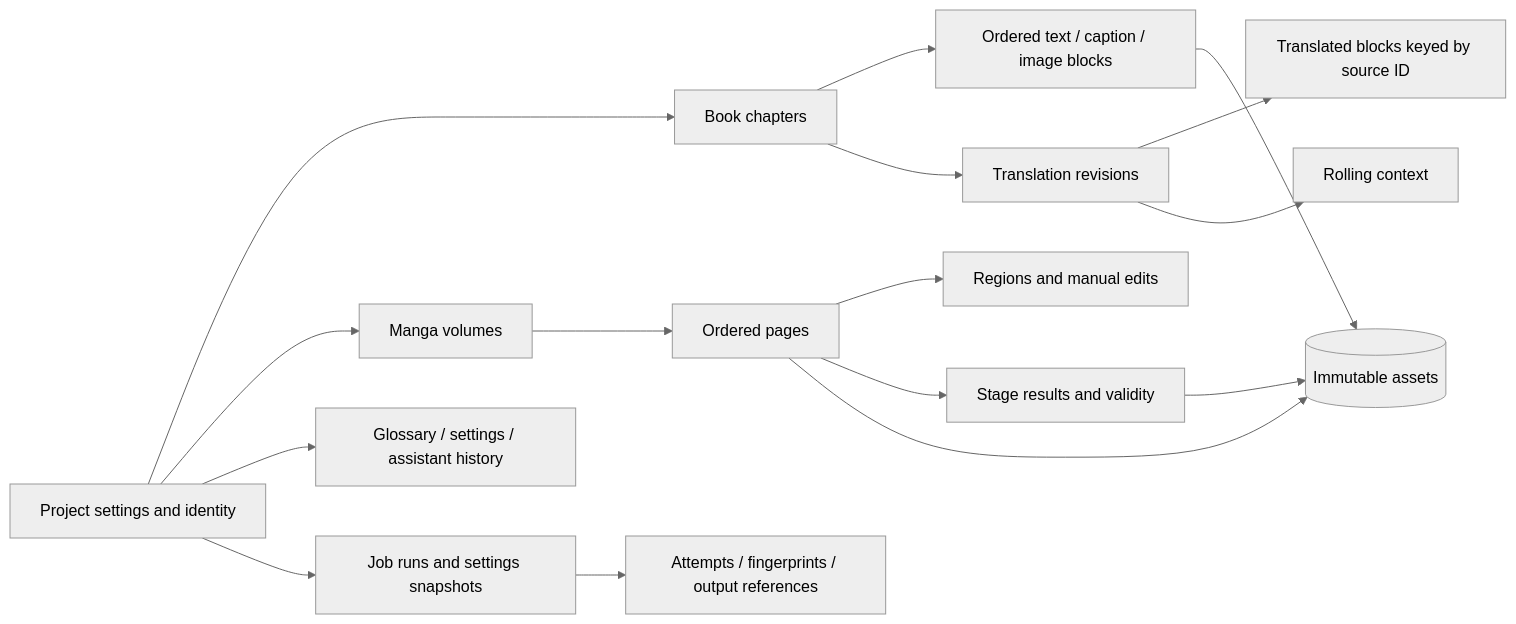
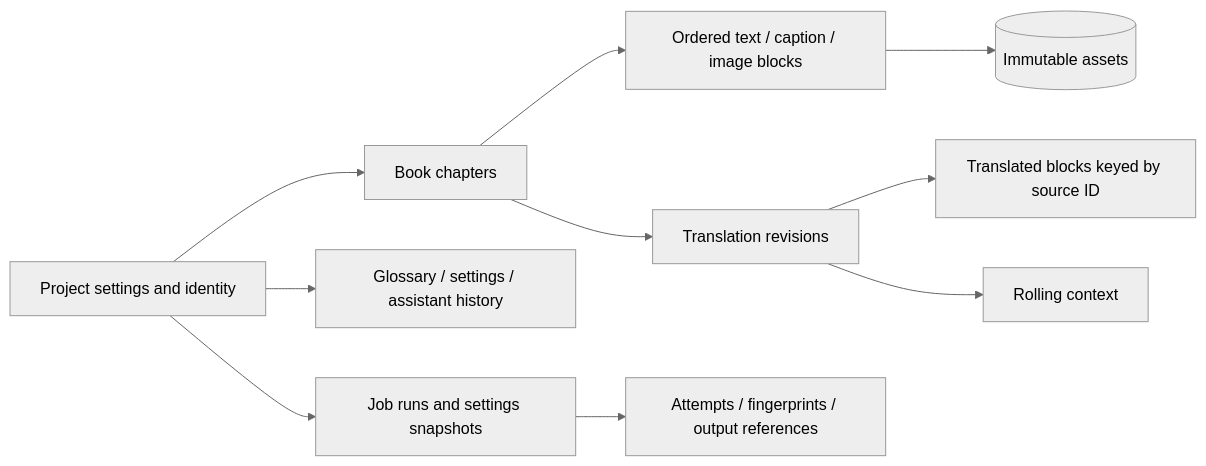
Before and after one commit to umount/book-converter: the second of 5 diagrams in docs/ARCHITECTURE.md, drawn with Mermaid (neutral theme). The commit also changed other lines of this file and 9 other files, not shown here.

````diff
--- a/docs/ARCHITECTURE.md
+++ b/docs/ARCHITECTURE.md
@@ -121,19 +113,13 @@
 ```mermaid
 flowchart LR
     Project[Project settings and identity]
     Project --> Chapters[Book chapters]
     Chapters --> Blocks[Ordered text / caption / image blocks]
     Chapters --> Translations[Translation revisions]
     Translations --> Texts[Translated blocks keyed by source ID]
     Translations --> Continuity[Rolling context]
-    Project --> Volumes[Manga volumes]
-    Volumes --> Pages[Ordered pages]
-    Pages --> Regions[Regions and manual edits]
-    Pages --> Results[Stage results and validity]
     Blocks --> Assets[(Immutable assets)]
-    Pages --> Assets
-    Results --> Assets
     Project --> Shared[Glossary / settings / assistant history]
     Project --> Runs[Job runs and settings snapshots]
     Runs --> Steps[Attempts / fingerprints / output references]
 ```
````
